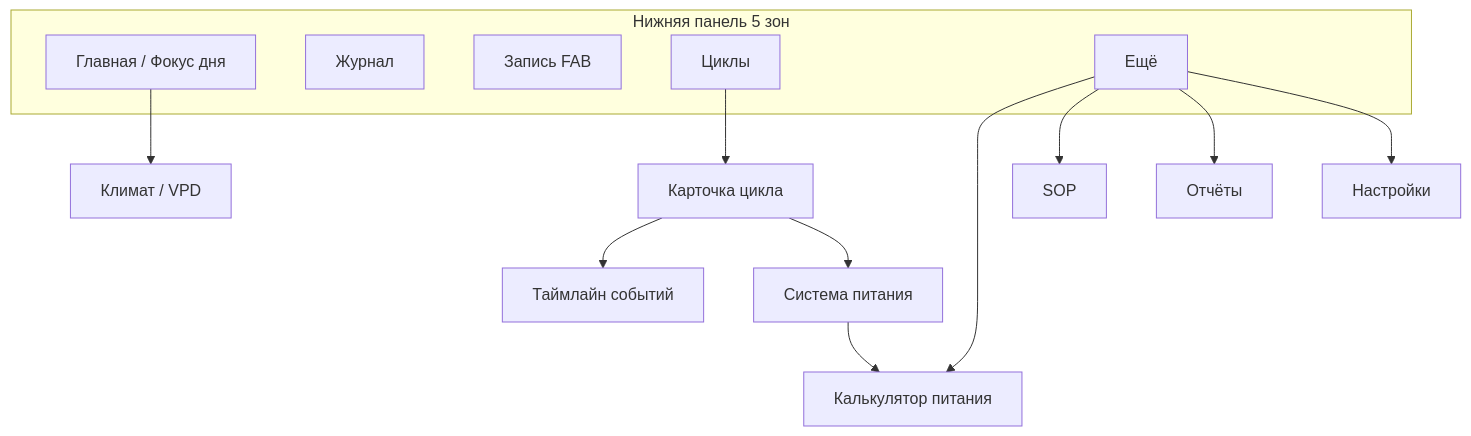
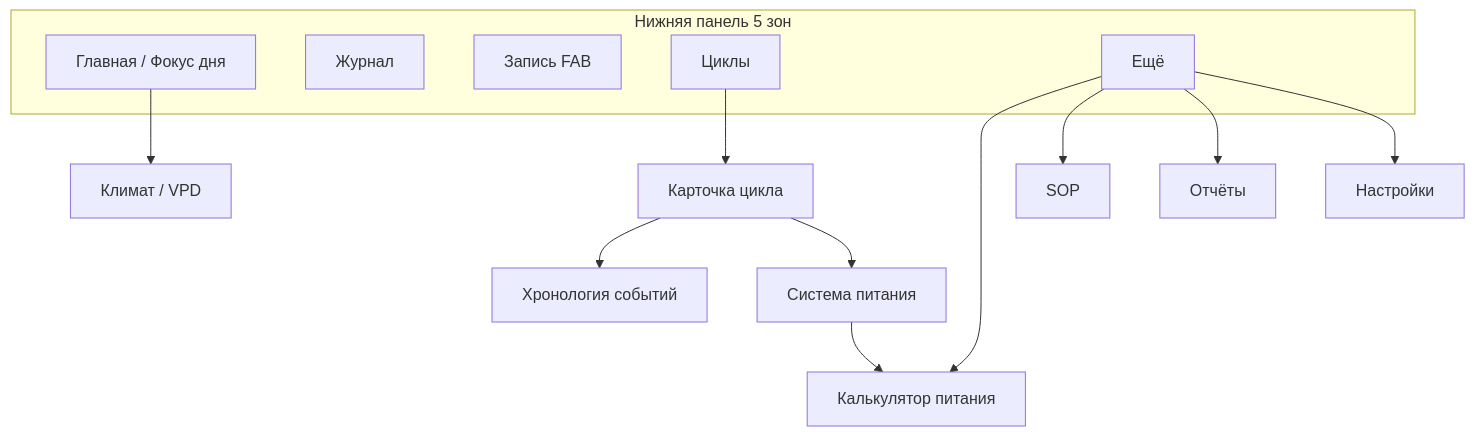
One commit to alexander-safiulin/growlog-ai changed the diagram in docs/design/app-redesign-plan.md. Above: the diagram before and after it, drawn with Mermaid. The commit also changed other lines of this file and 40 other files, not shown here.

````diff
--- a/docs/design/app-redesign-plan.md
+++ b/docs/design/app-redesign-plan.md
@@ -161,19 +204,19 @@
 ```mermaid
 flowchart TB
   subgraph tabs [Нижняя панель 5 зон]
     Home[Главная / Фокус дня]
     Journal[Журнал]
     Capture[Запись FAB]
     Cycles[Циклы]
     More[Ещё]
   end
   More --> Nutrient[Калькулятор питания]
   More --> SOP[SOP]
   More --> Reports[Отчёты]
   More --> Settings[Настройки]
   Home --> Sensors[Климат / VPD]
   Cycles --> CycleDetail[Карточка цикла]
-  CycleDetail --> Timeline[Таймлайн событий]
+  CycleDetail --> Chronology[Хронология событий]
   CycleDetail --> Feeding[Система питания]
   Feeding --> Nutrient
 ```
````
